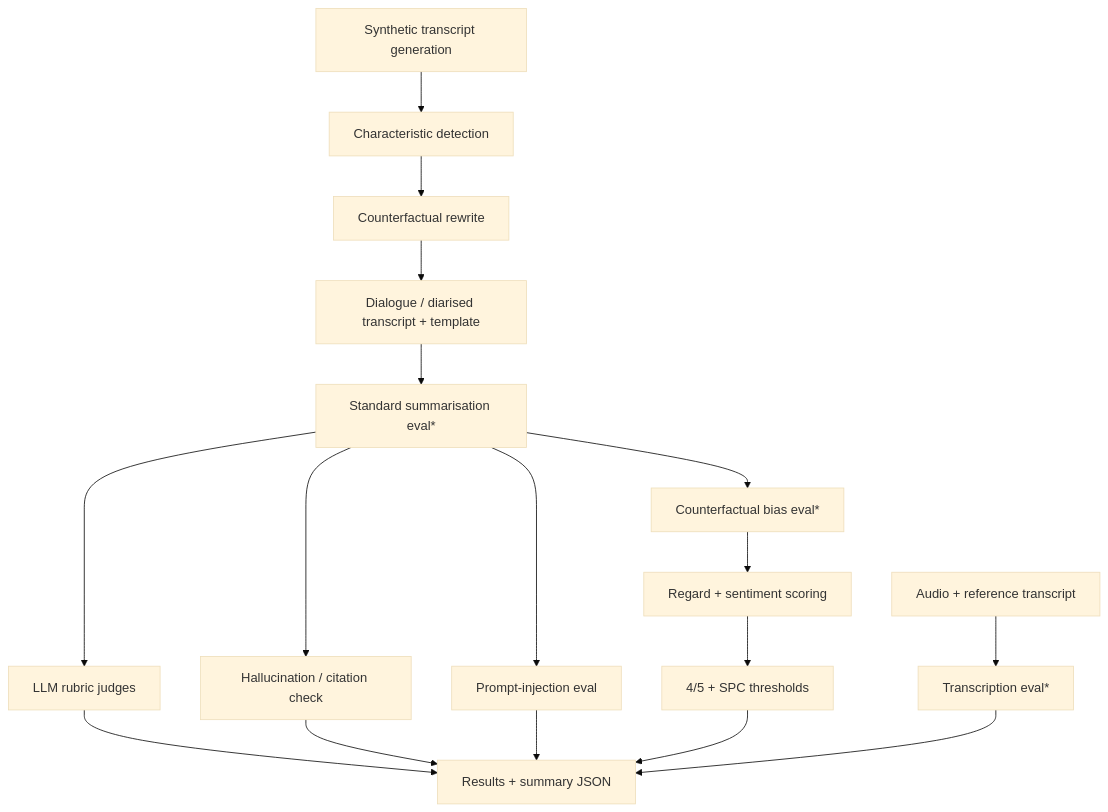
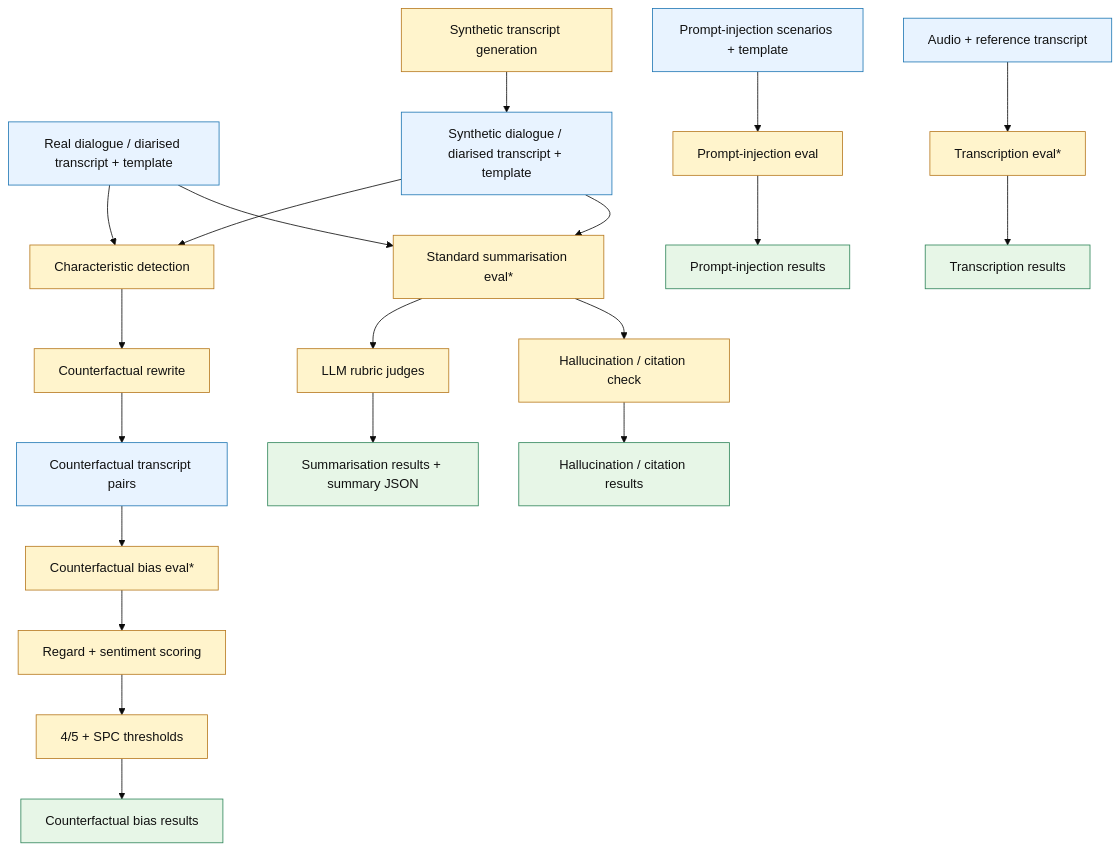
The diagram in documentation/evals-flow.md (communitiesuk/i-ai-minute), drawn with Mermaid (base theme) before and after one commit. The commit also changed other lines of this file, not shown here.

````diff
--- a/documentation/evals-flow.md
+++ b/documentation/evals-flow.md
@@ -13,25 +13,48 @@
 ```mermaid
 flowchart TD
+  RD[Real dialogue / diarised transcript + template]
+  SD[Synthetic dialogue / diarised transcript + template]
+  PI[Prompt-injection scenarios + template]
+  I1[Audio + reference transcript]
+  CF[Counterfactual transcript pairs]
+
   G1[Synthetic transcript generation]
   G2[Characteristic detection]
   G3[Counterfactual rewrite]
-  I2[Dialogue / diarised transcript + template]
   S[Standard summarisation eval*]
   J[LLM rubric judges]
   H[Hallucination / citation check]
   P[Prompt-injection eval]
   B[Counterfactual bias eval*]
   RS[Regard + sentiment scoring]
   BT[4/5 + SPC thresholds]
-  I1[Audio + reference transcript]
   T[Transcription eval*]
-  R[Results + summary JSON]
 
-  G1 --> G2 --> G3 --> I2
-  I2 --> S
-  S --> J --> R
-  S --> H --> R
-  S --> P --> R
-  S --> B --> RS --> BT --> R
-  I1 --> T --> R
+  SR[Summarisation results + summary JSON]
+  HR[Hallucination / citation results]
+  PR[Prompt-injection results]
+  BR[Counterfactual bias results]
+  TR[Transcription results]
+
+  G1 --> SD
+  SD --> G2
+  RD --> G2
+  G2 --> G3
+  G3 --> CF
+
+  RD --> S
+  SD --> S
+  S --> J --> SR
+  S --> H --> HR
+
+  PI --> P --> PR
+  CF --> B --> RS --> BT --> BR
+  I1 --> T --> TR
+
+  classDef input fill:#e8f3ff,stroke:#1f77b4,color:#111;
+  classDef process fill:#fff4cc,stroke:#b7791f,color:#111;
+  classDef output fill:#e7f6e7,stroke:#2f855a,color:#111;
+  class RD,SD,PI,I1,CF input;
+  class G1,G2,G3,S,J,H,P,B,RS,BT,T process;
+  class SR,HR,PR,BR,TR output;
 ```
````
